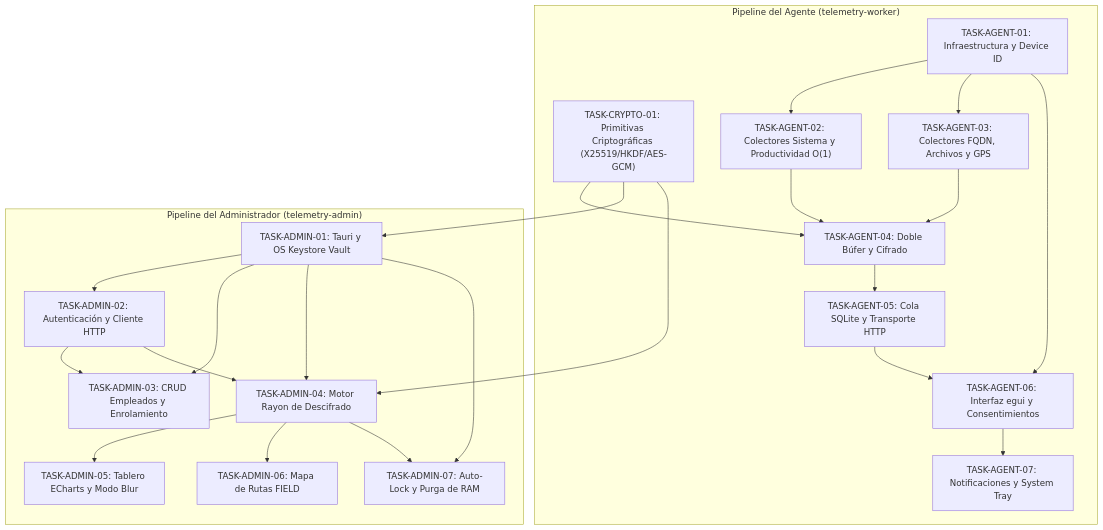
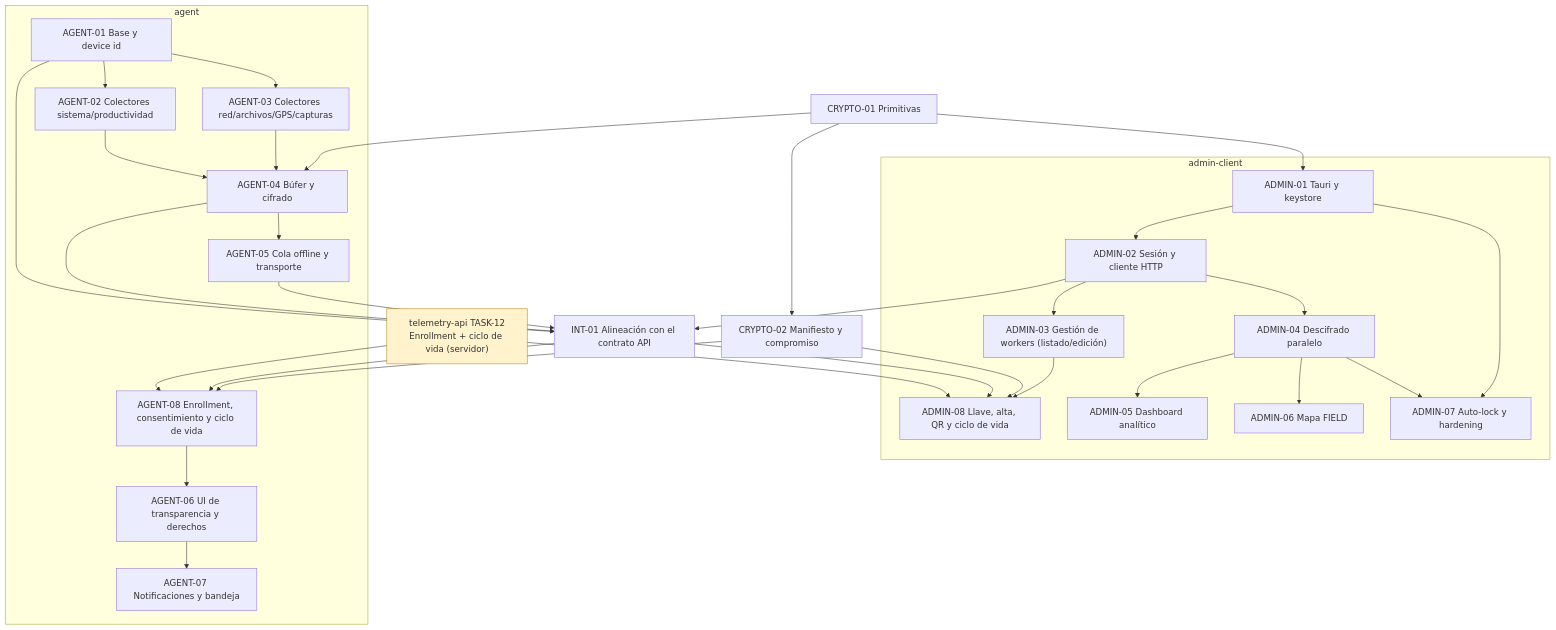
The diagram in tasks/README.md (Demiannnnnn/blindmetrics-apps), drawn with Mermaid before and after one commit. The commit also changed other lines of this file and 8 other files, not shown here.

First line of the commit message:
docs(tasks): add enrollment and API alignment tasks, real status roadmap

````diff
--- a/tasks/README.md
+++ b/tasks/README.md
@@ -36,39 +57,44 @@
 ```mermaid
-graph TD
-    Crypto["TASK-CRYPTO-01: Primitivas Criptográficas (X25519/HKDF/AES-GCM)"]
-    
-    subgraph AgentPipeline["Pipeline del Agente (telemetry-worker)"]
-        A1["TASK-AGENT-01: Infraestructura y Device ID"]
-        A2["TASK-AGENT-02: Colectores Sistema y Productividad O(1)"]
-        A3["TASK-AGENT-03: Colectores FQDN, Archivos y GPS"]
-        A4["TASK-AGENT-04: Doble Búfer y Cifrado"]
-        A5["TASK-AGENT-05: Cola SQLite y Transporte HTTP"]
-        A6["TASK-AGENT-06: Interfaz egui y Consentimientos"]
-        A7["TASK-AGENT-07: Notificaciones y System Tray"]
-        
-        A1 --> A2 & A3
-        Crypto --> A4
-        A2 & A3 --> A4
-        A4 --> A5
-        A1 & A5 --> A6
-        A6 --> A7
+flowchart TD
+    API12["telemetry-api TASK-12<br/>Enrollment + ciclo de vida (servidor)"]:::ext
+    C1["CRYPTO-01 Primitivas"]
+    C2["CRYPTO-02 Manifiesto y compromiso"]
+    INT1["INT-01 Alineación con el contrato API"]
+
+    subgraph Agent["agent"]
+        A1["AGENT-01 Base y device id"]
+        A2["AGENT-02 Colectores sistema/productividad"]
+        A3["AGENT-03 Colectores red/archivos/GPS/capturas"]
+        A4["AGENT-04 Búfer y cifrado"]
+        A5["AGENT-05 Cola offline y transporte"]
+        A6["AGENT-06 UI de transparencia y derechos"]
+        A7["AGENT-07 Notificaciones y bandeja"]
+        A8["AGENT-08 Enrollment, consentimiento y ciclo de vida"]
     end
 
-    subgraph AdminPipeline["Pipeline del Administrador (telemetry-admin)"]
-        AD1["TASK-ADMIN-01: Tauri y OS Keystore Vault"]
-        AD2["TASK-ADMIN-02: Autenticación y Cliente HTTP"]
-        AD3["TASK-ADMIN-03: CRUD Empleados y Enrolamiento"]
-        AD4["TASK-ADMIN-04: Motor Rayon de Descifrado"]
-        AD5["TASK-ADMIN-05: Tablero ECharts y Modo Blur"]
-        AD6["TASK-ADMIN-06: Mapa de Rutas FIELD"]
-        AD7["TASK-ADMIN-07: Auto-Lock y Purga de RAM"]
-        
-        Crypto --> AD1
-        AD1 --> AD2
-        AD1 & AD2 --> AD3
-        Crypto & AD1 & AD2 --> AD4
-        AD4 --> AD5
-        AD4 --> AD6
-        AD1 & AD4 --> AD7
+    subgraph Admin["admin-client"]
+        D1["ADMIN-01 Tauri y keystore"]
+        D2["ADMIN-02 Sesión y cliente HTTP"]
+        D3["ADMIN-03 Gestión de workers (listado/edición)"]
+        D4["ADMIN-04 Descifrado paralelo"]
+        D5["ADMIN-05 Dashboard analítico"]
+        D6["ADMIN-06 Mapa FIELD"]
+        D7["ADMIN-07 Auto-lock y hardening"]
+        D8["ADMIN-08 Llave, alta, QR y ciclo de vida"]
     end
+
+    C1 --> C2
+    C1 --> A4 & D1
+    A1 & A4 & A5 & D2 --> INT1
+    INT1 --> A8 & D8
+    C2 --> A8 & D8
+    API12 --> A8 & D8
+    A1 --> A2 & A3
+    A2 & A3 --> A4 --> A5
+    A8 --> A6 --> A7
+    D1 --> D2 --> D3 --> D8
+    D2 --> D4 --> D5 & D6
+    D1 & D4 --> D7
+
+    classDef ext fill:#fff3cd,stroke:#b8860b;
 ```
````
